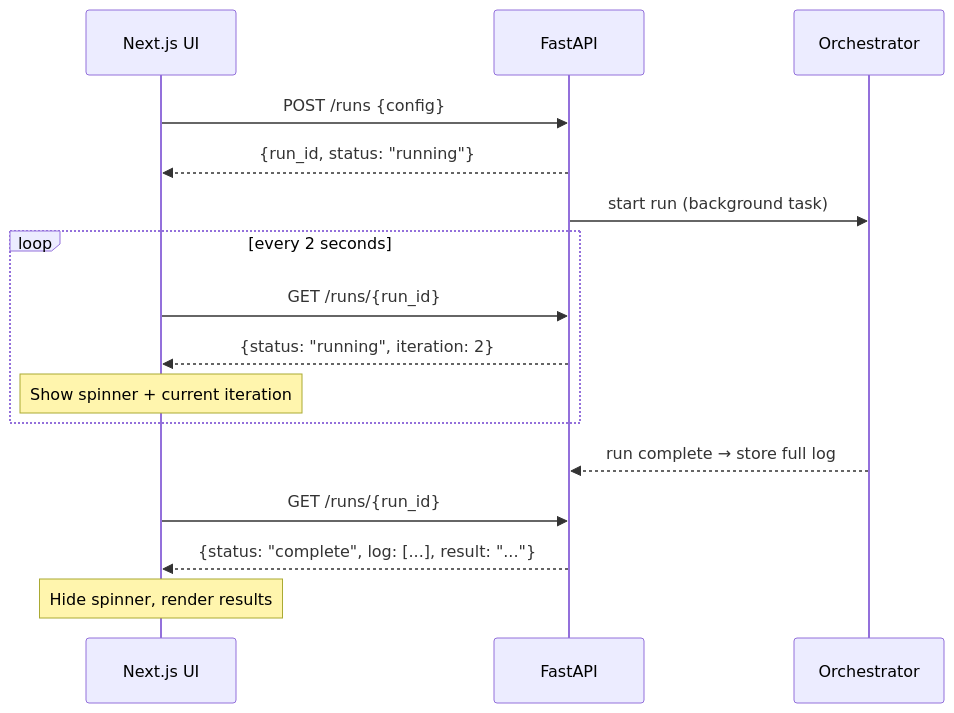
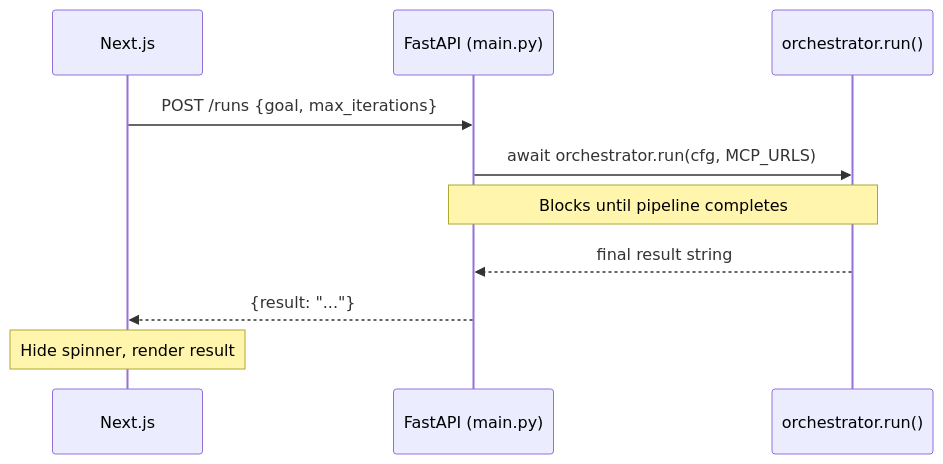
One commit to FabioDiCeglie/Multi-Agent-Orchestrator changed the fifth of 8 diagrams in Plan.md. Above: the diagram before and after it, drawn with Mermaid. The commit also changed other lines of this file, not shown here.

Commit message:
Refactor architecture plan to enhance clarity and update agent descriptions. Modify orchestration loop to utilize ADK for iteration management and streamline API interactions. Update YAML configuration schema and improve diagram representations.

````diff
--- a/Plan.md
+++ b/Plan.md
@@ -117,21 +114,13 @@
 ```mermaid
 sequenceDiagram
-    participant UI as Next.js UI
-    participant API as FastAPI
-    participant Orch as Orchestrator
+    participant UI as Next.js
+    participant API as FastAPI (main.py)
+    participant Orch as orchestrator.run()
 
-    UI->>API: POST /runs {config}
-    API-->>UI: {run_id, status: "running"}
-    API->>Orch: start run (background task)
-
-    loop every 2 seconds
-        UI->>API: GET /runs/{run_id}
-        API-->>UI: {status: "running", iteration: 2}
-        Note over UI: Show spinner + current iteration
-    end
-
-    Orch-->>API: run complete → store full log
-    UI->>API: GET /runs/{run_id}
-    API-->>UI: {status: "complete", log: [...], result: "..."}
-    Note over UI: Hide spinner, render results
+    UI->>API: POST /runs {goal, max_iterations}
+    API->>Orch: await orchestrator.run(cfg, MCP_URLS)
+    Note over API,Orch: Blocks until pipeline completes
+    Orch-->>API: final result string
+    API-->>UI: {result: "..."}
+    Note over UI: Hide spinner, render result
 ```
````
